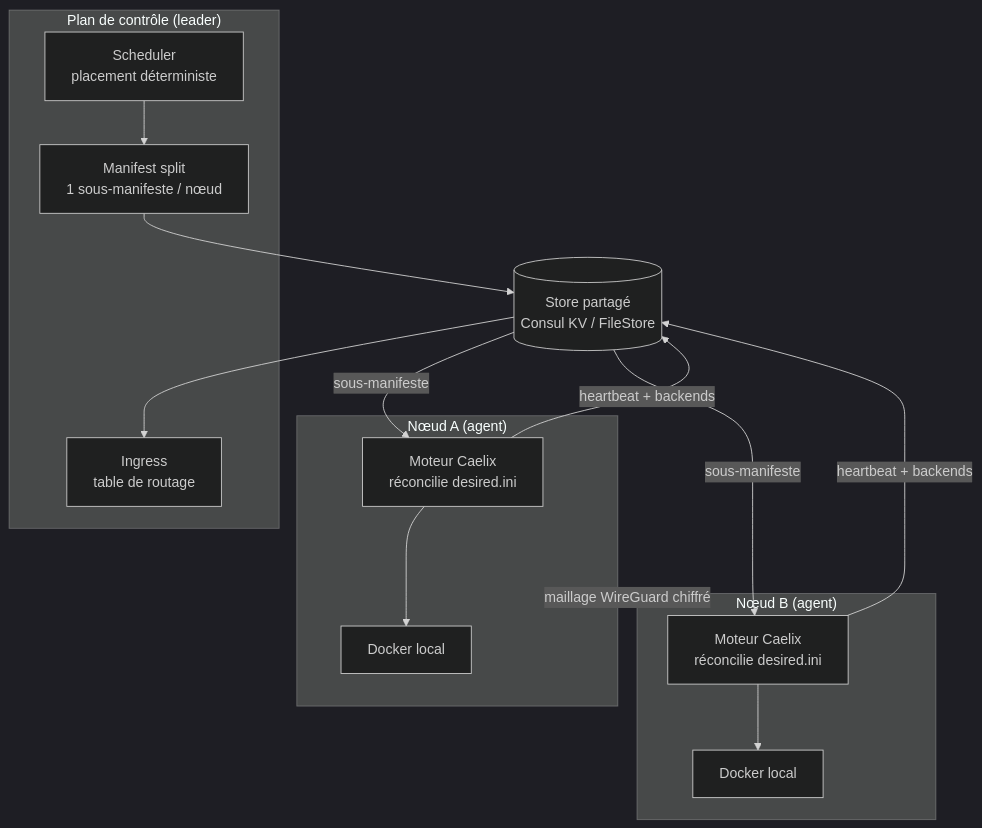
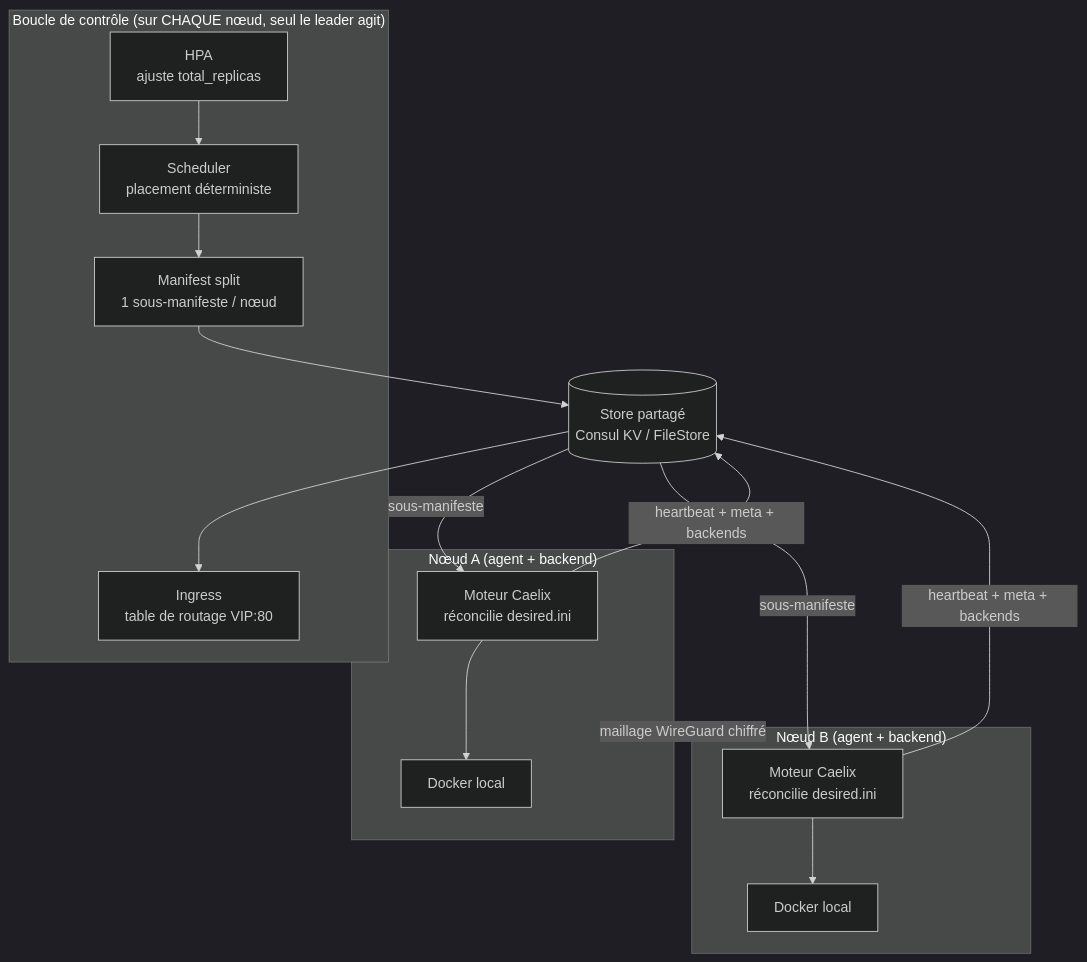
One commit to Arcneell/Caelix-docs changed the diagram in docs/architecture/cluster.md. Above: the diagram before and after it, drawn with Mermaid (dark theme). The commit also changed other lines of this file and 21 other files, not shown here.

````diff
--- a/docs/architecture/cluster.md
+++ b/docs/architecture/cluster.md
@@ -23,27 +34,28 @@
 ```mermaid
 graph TB
-    subgraph CP["Plan de contrôle (leader)"]
+    subgraph CP["Boucle de contrôle (sur CHAQUE nœud, seul le leader agit)"]
+        hpa["HPA<br>ajuste total_replicas"]
         sched["Scheduler<br>placement déterministe"]
         split["Manifest split<br>1 sous-manifeste / nœud"]
-        ingress["Ingress<br>table de routage"]
+        ingress["Ingress<br>table de routage VIP:80"]
     end
 
     store[("Store partagé<br>Consul KV / FileStore")]
 
-    subgraph N1["Nœud A (agent)"]
+    subgraph N1["Nœud A (agent + backend)"]
         a1["Moteur Caelix<br>réconcilie desired.ini"]
         d1["Docker local"]
     end
-    subgraph N2["Nœud B (agent)"]
+    subgraph N2["Nœud B (agent + backend)"]
         a2["Moteur Caelix<br>réconcilie desired.ini"]
         d2["Docker local"]
     end
 
-    sched --> split --> store
+    hpa --> sched --> split --> store
     store -->|sous-manifeste| a1 --> d1
     store -->|sous-manifeste| a2 --> d2
-    a1 -->|heartbeat + backends| store
-    a2 -->|heartbeat + backends| store
+    a1 -->|heartbeat + meta + backends| store
+    a2 -->|heartbeat + meta + backends| store
     store --> ingress
     N1 <-->|maillage WireGuard chiffré| N2
 ```
````
